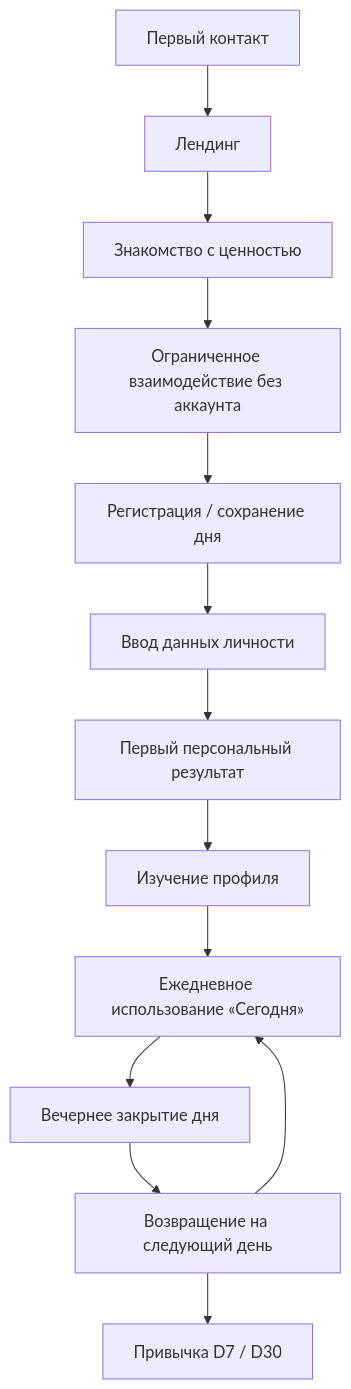
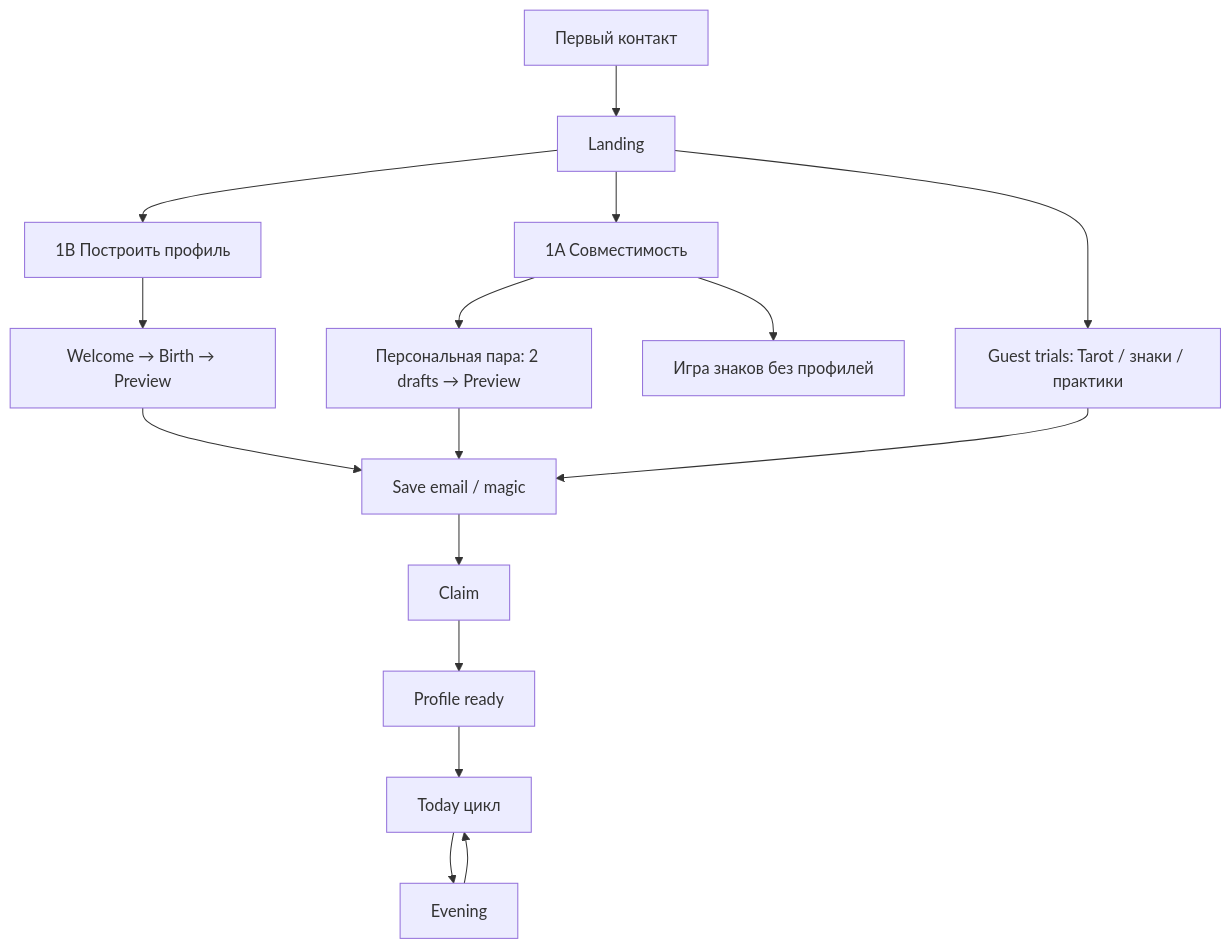
The first of 4 diagrams in docs/audits/FULL_USER_PATH_CANON_V1.md (igortatarynovich/TodayFlow), drawn with Mermaid before and after one commit. The commit also changed other lines of this file and 19 other files, not shown here.

First line of the commit message:
Align path SoT and funnel UI to Preview→Save→Claim→Profile.

````diff
--- a/docs/audits/FULL_USER_PATH_CANON_V1.md
+++ b/docs/audits/FULL_USER_PATH_CANON_V1.md
@@ -44,15 +56,18 @@
 ```mermaid
 flowchart TD
-  A[Первый контакт] --> B[Лендинг]
-  B --> C[Знакомство с ценностью]
-  C --> D[Ограниченное взаимодействие без аккаунта]
-  D --> E[Регистрация / сохранение дня]
-  E --> F[Ввод данных личности]
-  F --> G[Первый персональный результат]
-  G --> H[Изучение профиля]
-  H --> I[Ежедневное использование «Сегодня»]
-  I --> J[Вечернее закрытие дня]
-  J --> K[Возвращение на следующий день]
-  K --> L[Привычка D7 / D30]
-  K --> I
+  A[Первый контакт] --> B[Landing]
+  B --> C1[1B Построить профиль]
+  B --> C2[1A Совместимость]
+  B --> C3[Guest trials: Tarot / знаки / практики]
+  C1 --> D[Welcome → Birth → Preview]
+  C2 --> E[Игра знаков без профилей]
+  C2 --> F[Персональная пара: 2 drafts → Preview]
+  D --> G[Save email / magic]
+  F --> G
+  G --> H[Claim]
+  H --> I[Profile ready]
+  I --> J[Today цикл]
+  J --> K[Evening]
+  K --> J
+  C3 --> G
 ```
````
